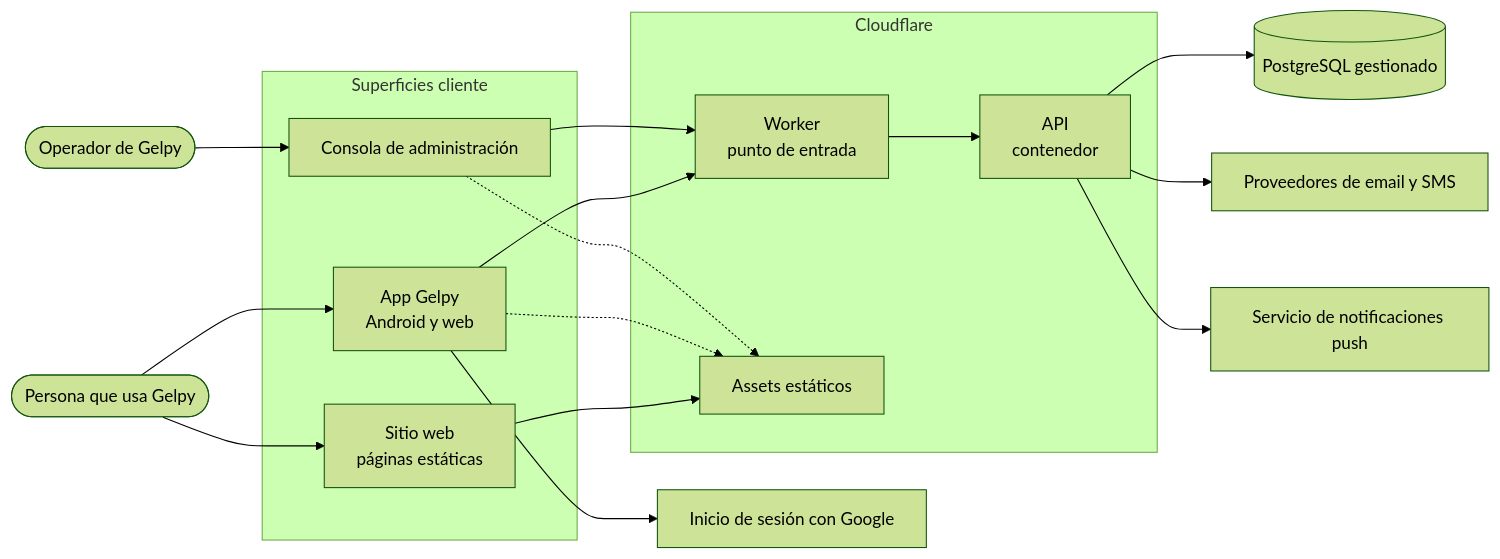
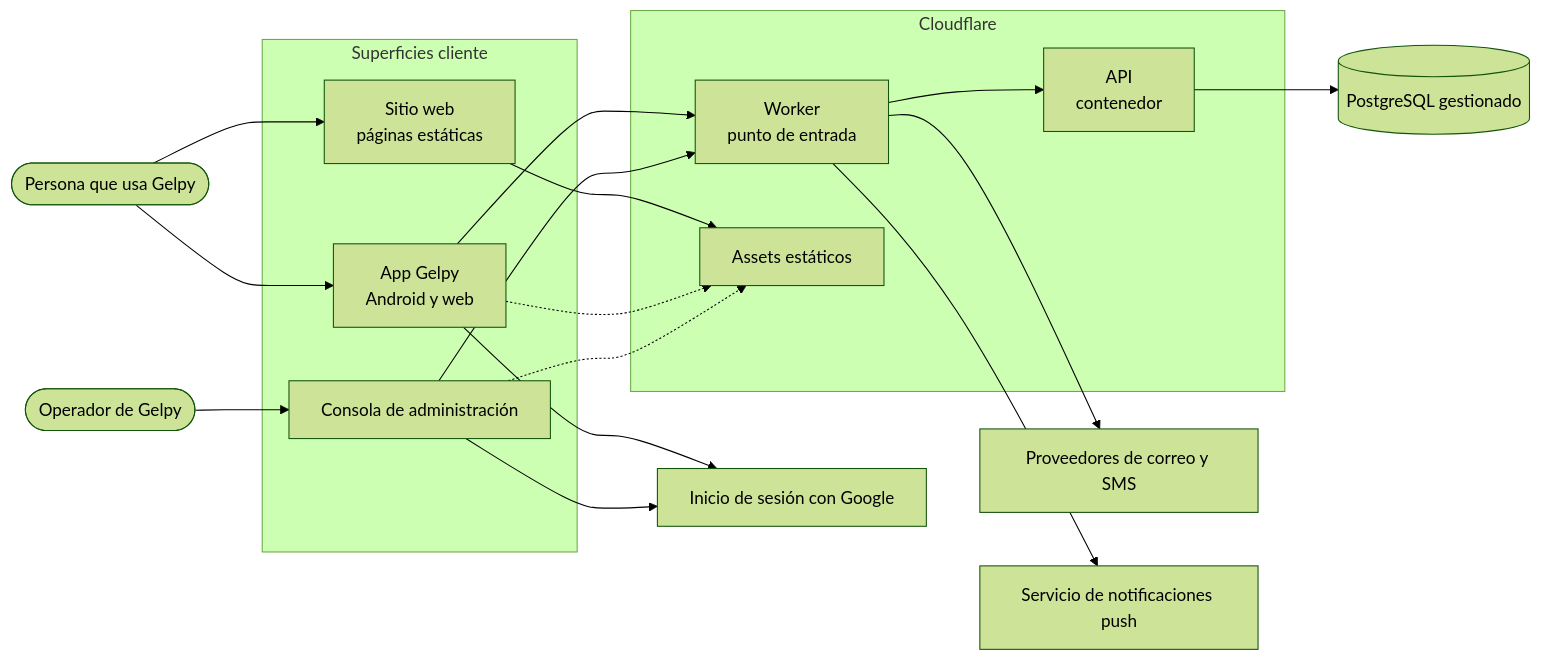
One commit to Gelpy/gelpy changed the first of 3 diagrams in i18n/es/docusaurus-plugin-content-docs/current/architecture/overview.md. Above: the diagram before and after it, drawn with Mermaid (forest theme). The commit also changed other lines of this file and 6 other files, not shown here.

First line of the commit message:
docs: write the Quality section and update the architecture (001-059)

````diff
--- a/i18n/es/docusaurus-plugin-content-docs/current/architecture/overview.md
+++ b/i18n/es/docusaurus-plugin-content-docs/current/architecture/overview.md
@@ -19,36 +27,37 @@
 ```mermaid
 flowchart LR
   user([Persona que usa Gelpy])
   admin([Operador de Gelpy])
 
   subgraph clients[Superficies cliente]
     app[App Gelpy<br/>Android y web]
     web[Sitio web<br/>páginas estáticas]
     console[Consola de administración]
   end
 
   subgraph platform[Cloudflare]
     edge[Worker<br/>punto de entrada]
     api[API<br/>contenedor]
     assets[Assets estáticos]
   end
 
   db[(PostgreSQL gestionado)]
   idp[Inicio de sesión con Google]
-  msg[Proveedores de email y SMS]
+  msg[Proveedores de correo y SMS]
   push[Servicio de notificaciones push]
 
   user --> app
   user --> web
   admin --> console
   app --> edge
   console --> edge
   web --> assets
   app -.-> assets
   console -.-> assets
   edge --> api
   api --> db
   app --> idp
-  api --> msg
-  api --> push
+  console --> idp
+  edge --> msg
+  edge --> push
 ```
````
